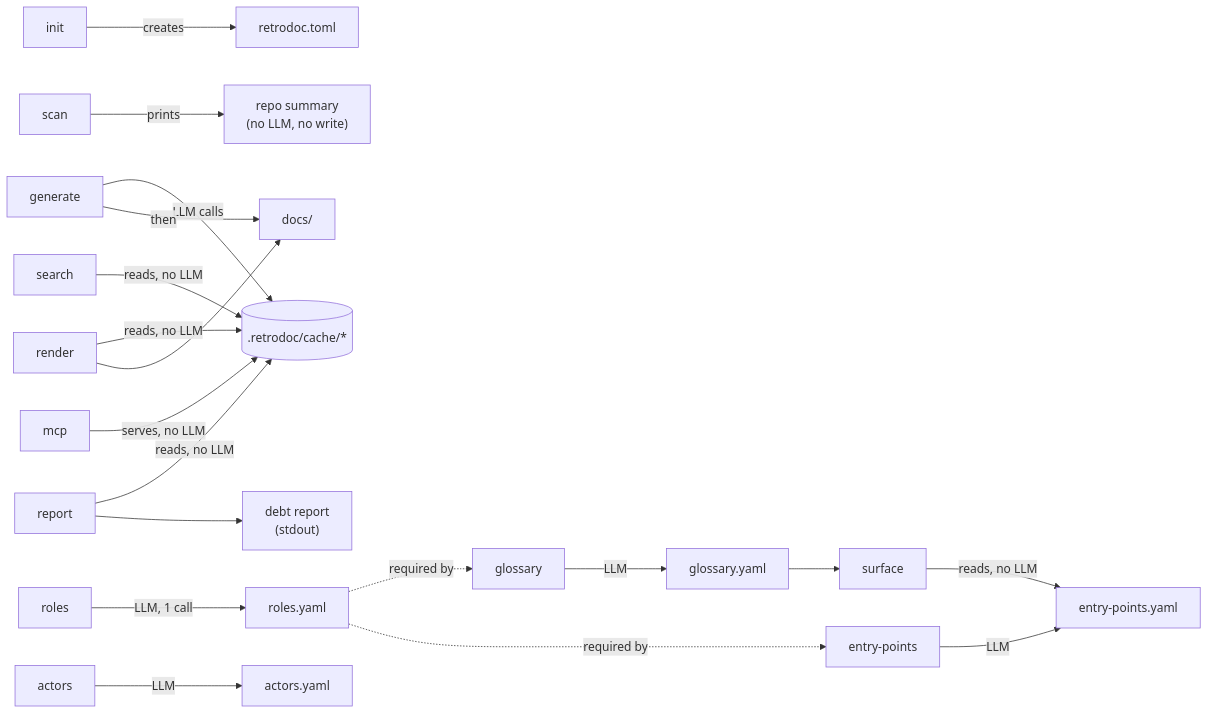
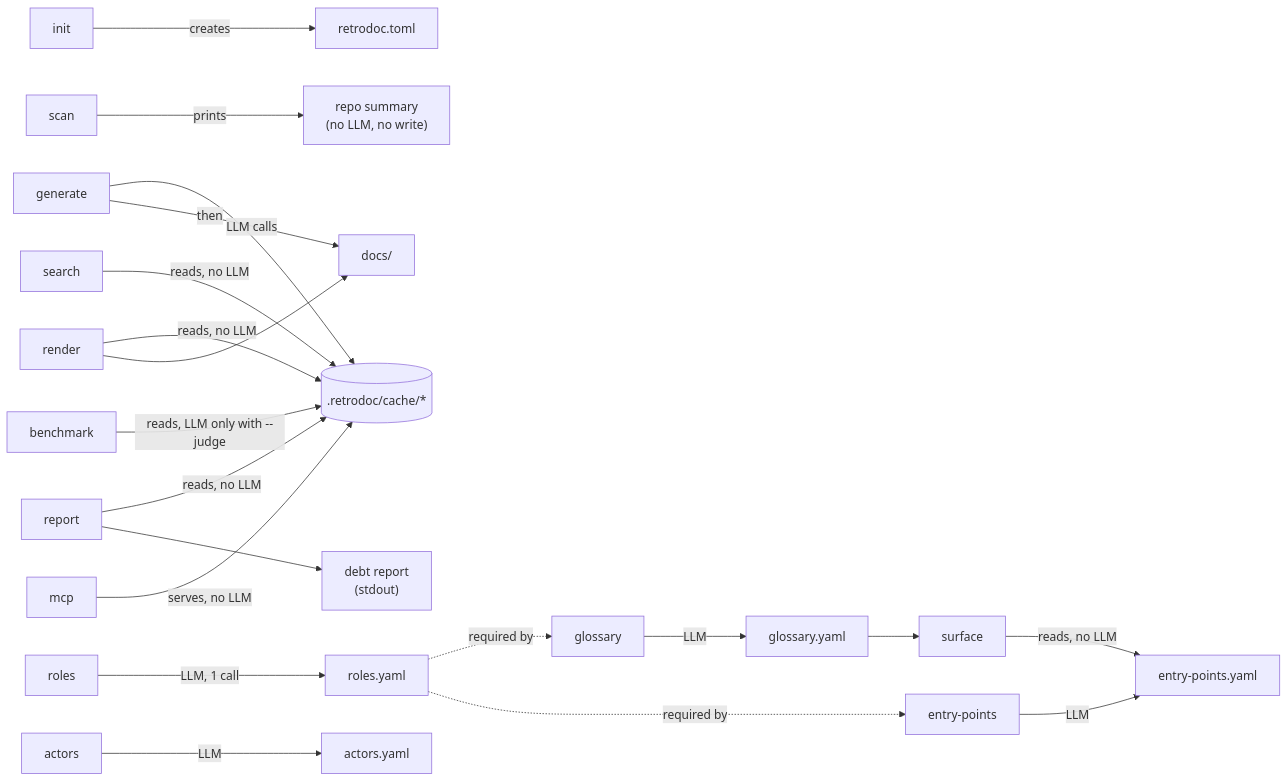
The third of 9 diagrams in docs/ARCHITECTURE.md (Electron-libre/RetroDoc), drawn with Mermaid before and after one commit. The commit also changed other lines of this file and 10 other files, not shown here.

First line of the commit message:
feat(cli): add the benchmark command and its LLM judge

````diff
--- a/docs/ARCHITECTURE.md
+++ b/docs/ARCHITECTURE.md
@@ -65,21 +65,22 @@
 ```mermaid
 flowchart LR
     init["init"] -->|creates| toml["retrodoc.toml"]
     scan["scan"] -->|prints| sum["repo summary<br/>(no LLM, no write)"]
     gen["generate"] -->|LLM calls| art[(".retrodoc/cache/*")]
     gen -->|then| out["docs/"]
     ren["render"] -->|reads, no LLM| art
     ren --> out
     rep["report"] -->|reads, no LLM| art
     rep --> debt["debt report<br/>(stdout)"]
     roles["roles"] -->|LLM, 1 call| rolesyaml["roles.yaml"]
     gloss["glossary"] -->|LLM| glossyaml["glossary.yaml"]
     rolesyaml -.->|required by| gloss
     ep["entry-points"] -->|LLM| epyaml["entry-points.yaml"]
     act["actors"] -->|LLM| actyaml["actors.yaml"]
     rolesyaml -.->|required by| ep
     surf["surface"] -->|reads, no LLM| epyaml
     glossyaml --> surf
     srch["search"] -->|reads, no LLM| art
+    bench["benchmark"] -->|reads, LLM only with --judge| art
     mcpcmd["mcp"] -->|serves, no LLM| art
 ```
````
